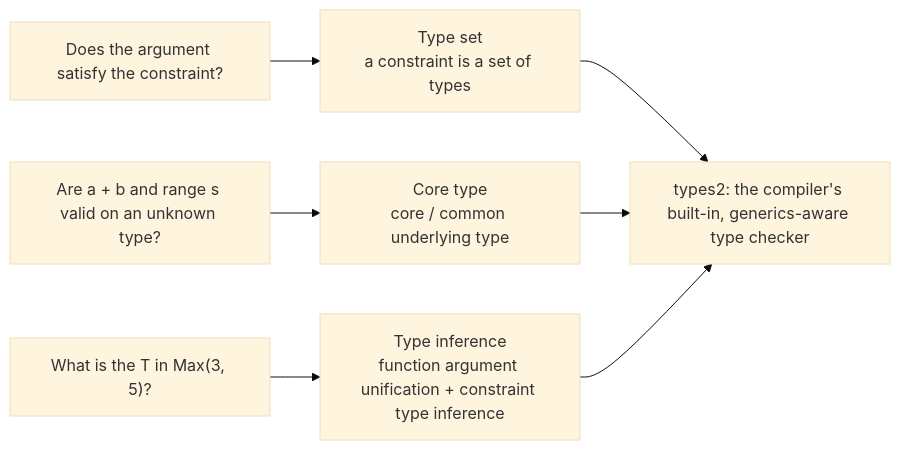
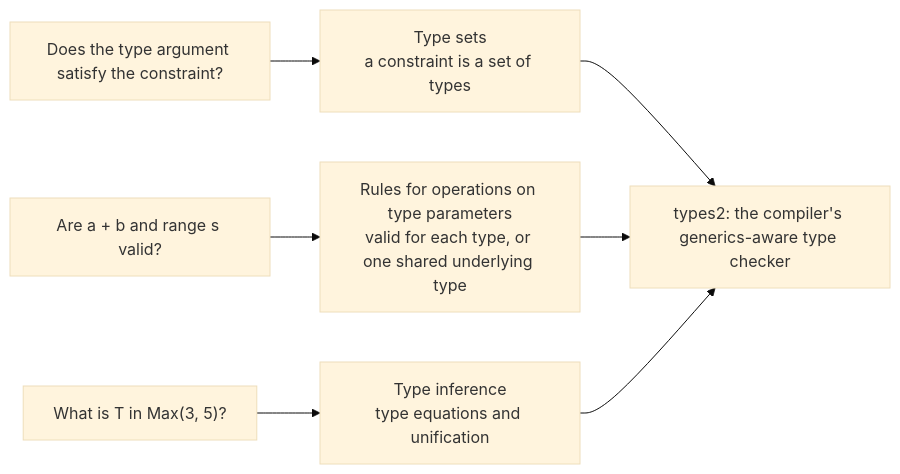
One commit to golang-design/under-the-hood changed the diagram in book/en-us/part2lang/ch08generics/checker.md. Above: the diagram before and after it, drawn with Mermaid (base theme). The commit also changed other lines of this file and 24 other files, not shown here.

````diff
--- a/book/en-us/part2lang/ch08generics/checker.md
+++ b/book/en-us/part2lang/ch08generics/checker.md
@@ -12,9 +19,9 @@
 ```mermaid
 flowchart LR
-    Q1["Does the argument satisfy the constraint?"] --> T1["Type set<br/>a constraint is a set of types"]
-    Q2["Are a + b and range s valid on an unknown type?"] --> T2["Core type<br/>core / common underlying type"]
-    Q3["What is the T in Max(3, 5)?"] --> T3["Type inference<br/>function argument unification + constraint type inference"]
-    T1 --> IMPL["types2: the compiler's built-in, generics-aware type checker"]
+    Q1["Does the type argument satisfy the constraint?"] --> T1["Type sets<br/>a constraint is a set of types"]
+    Q2["Are a + b and range s valid?"] --> T2["Rules for operations on type parameters<br/>valid for each type, or one shared underlying type"]
+    Q3["What is T in Max(3, 5)?"] --> T3["Type inference<br/>type equations and unification"]
+    T1 --> IMPL["types2: the compiler's generics-aware type checker"]
     T2 --> IMPL
     T3 --> IMPL
 ```
````
